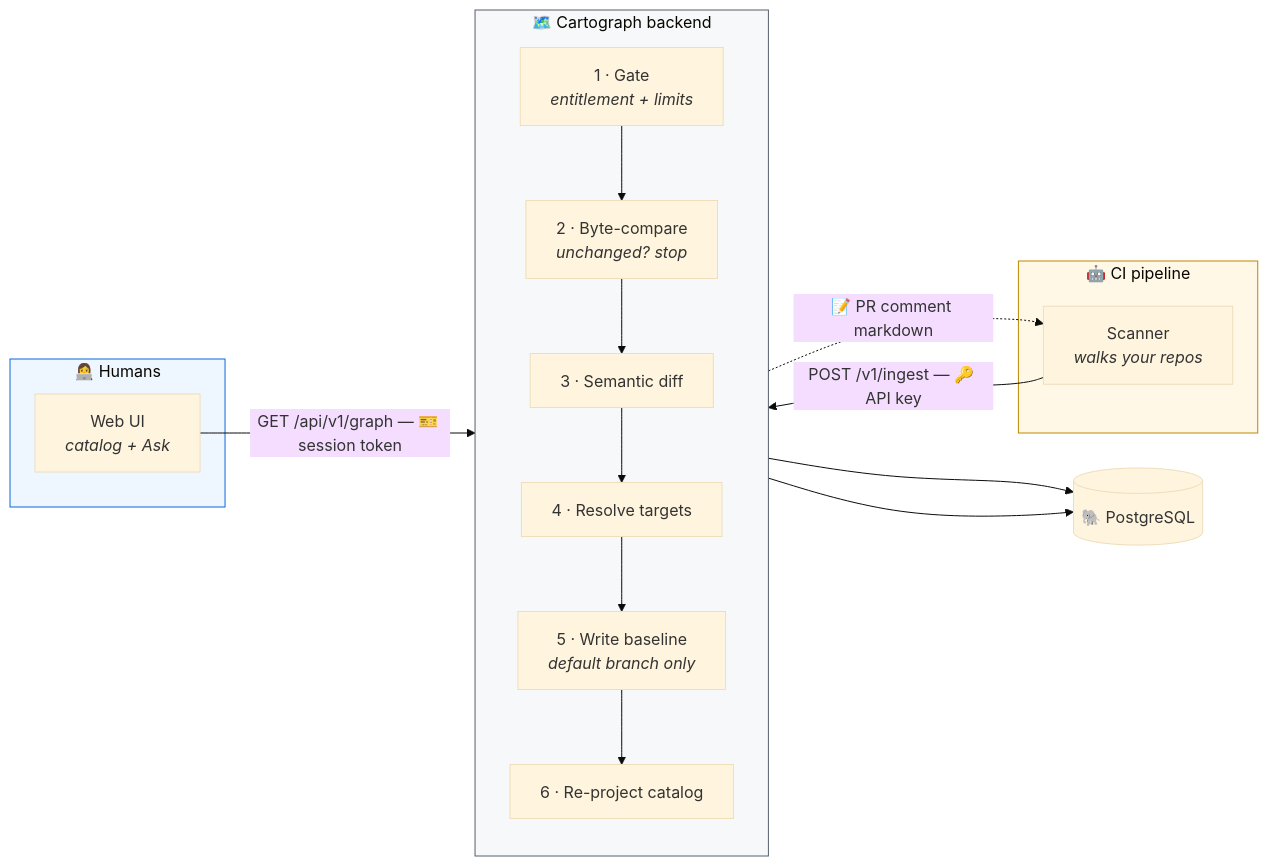
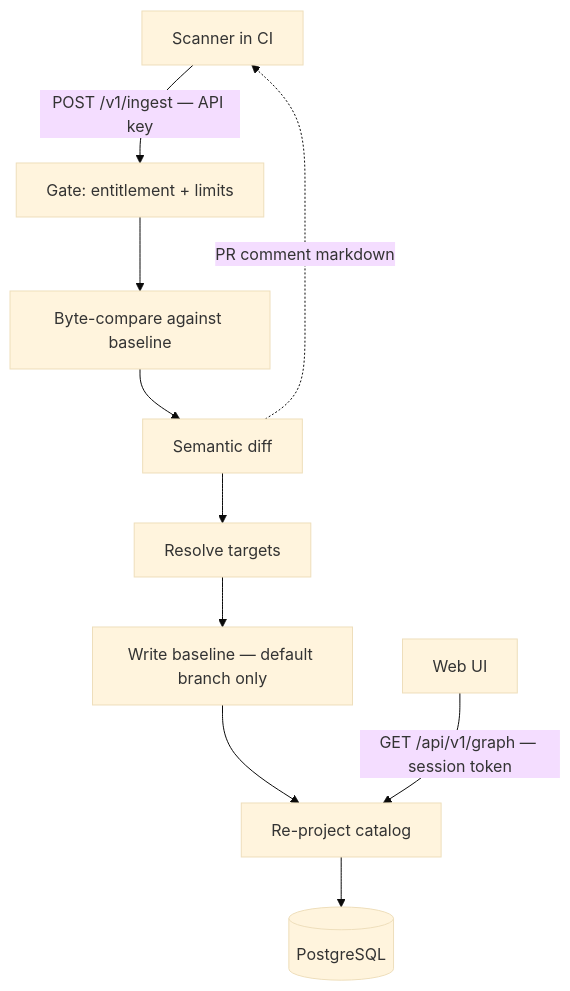
One commit to farhadamjady/archerik-api changed the first of 2 diagrams in README.md. Above: the diagram before and after it, drawn with Mermaid (base theme). The commit also changed other lines of this file, not shown here.

````diff
--- a/README.md
+++ b/README.md
@@ -75,33 +75,12 @@
 ```mermaid
-flowchart LR
-    subgraph CI["🤖 CI pipeline"]
-        S["Scanner<br/><i>walks your repos</i>"]
-    end
-
-    subgraph BE["🗺️ Cartograph backend"]
-        direction TB
-        G["1 · Gate<br/><i>entitlement + limits</i>"]
-        B["2 · Byte-compare<br/><i>unchanged? stop</i>"]
-        D["3 · Semantic diff"]
-        R["4 · Resolve targets"]
-        W["5 · Write baseline<br/><i>default branch only</i>"]
-        P["6 · Re-project catalog"]
-        G --> B --> D --> R --> W --> P
-    end
-
-    subgraph UI["👩‍💻 Humans"]
-        U["Web UI<br/><i>catalog + Ask</i>"]
-    end
-
-    DB[("🐘 PostgreSQL")]
-
-    S -->|"POST /v1/ingest — 🔑 API key"| G
-    D -.->|"📝 PR comment markdown"| S
-    U -->|"GET /api/v1/graph — 🎫 session token"| P
-    P --> DB
-    W --> DB
-
-    style BE fill:#f6f8fa,stroke:#57606a
-    style CI fill:#fff8e6,stroke:#bf8700
-    style UI fill:#eef6ff,stroke:#0969da
+flowchart TD
+    S[Scanner in CI] -->|POST /v1/ingest — API key| G
+    G[Gate: entitlement + limits] --> B[Byte-compare against baseline]
+    B --> D[Semantic diff]
+    D --> R[Resolve targets]
+    R --> W[Write baseline — default branch only]
+    W --> P[Re-project catalog]
+    P --> DB[(PostgreSQL)]
+    D -.->|PR comment markdown| S
+    U[Web UI] -->|GET /api/v1/graph — session token| P
 ```
````
